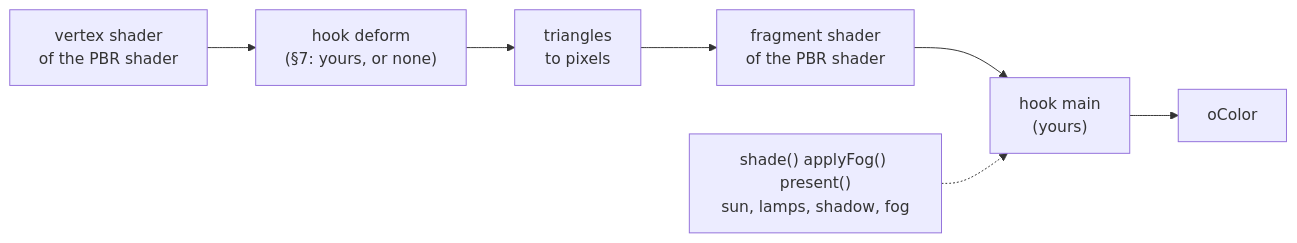
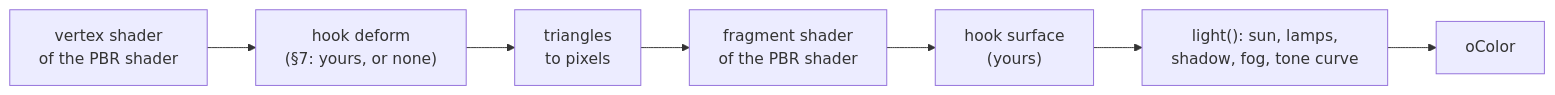
The first of 2 diagrams in doc/12-Going-Further.md (Lecrapouille/Compages), drawn with Mermaid before and after one commit. The commit also changed other lines of this file and 6 other files, not shown here.

First line of the commit message:
Document the screen effects, the hooks surface and light, and the helpers

````diff
--- a/doc/12-Going-Further.md
+++ b/doc/12-Going-Further.md
@@ -256,9 +253,9 @@
 ```mermaid
 flowchart LR
     VS["vertex shader<br/>of the PBR shader"] --> DEF["hook deform<br/>(§7: yours, or none)"]
     DEF --> RAST["triangles<br/>to pixels"]
     RAST --> FS["fragment shader<br/>of the PBR shader"]
-    FS --> MAIN["hook main<br/>(yours)"]
-    MAIN --> OUT["oColor"]
-    LIB["shade() applyFog() present()<br/>sun, lamps, shadow, fog"] -.-> MAIN
+    FS --> SURF["hook surface<br/>(yours)"]
+    SURF --> LIGHT["light(): sun, lamps,<br/>shadow, fog, tone curve"]
+    LIGHT --> OUT["oColor"]
 ```
````
